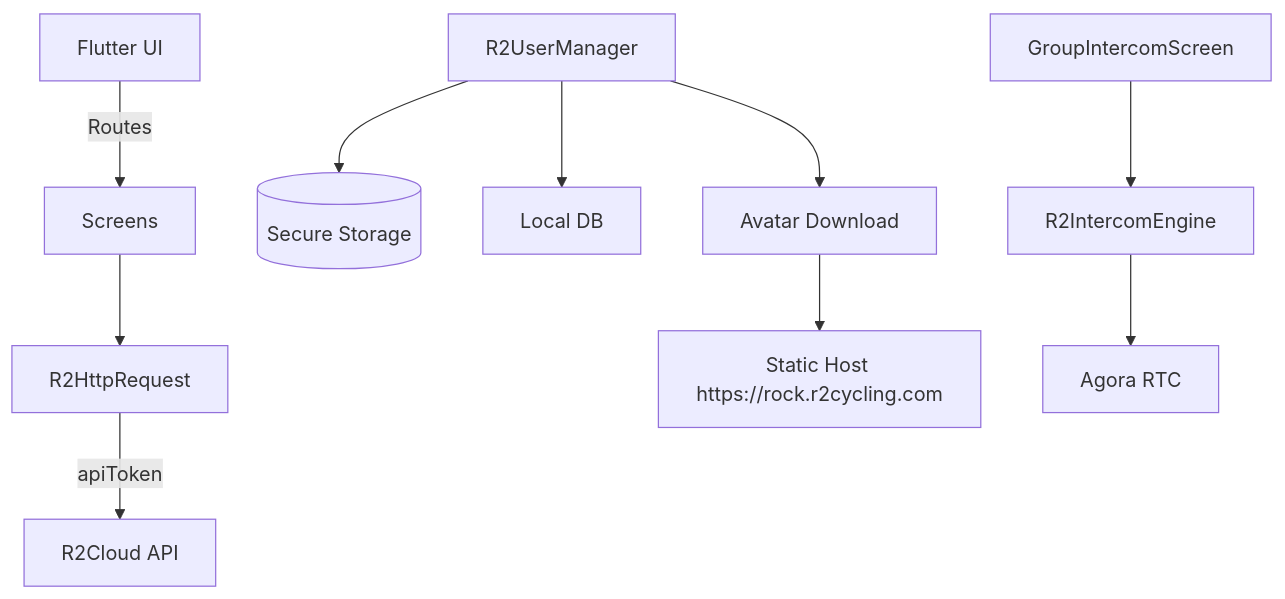
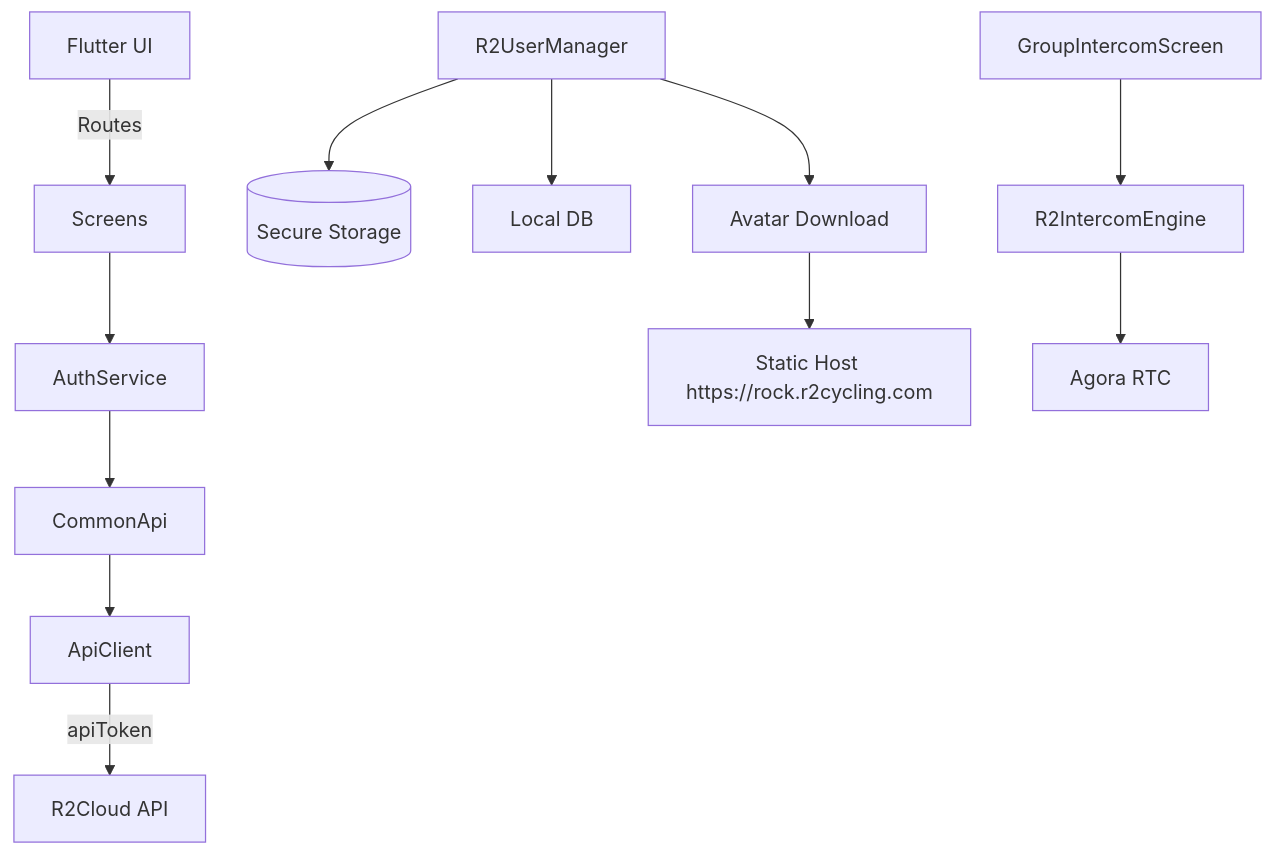
One commit to shenjee/r2cyclingapp changed the diagram in .trae/documents/tech_architecture.md. Above: the diagram before and after it, drawn with Mermaid. The commit also changed other lines of this file and 3 other files, not shown here.

First line of the commit message:
refactor(auth): centralize authentication logic in AuthService

````diff
--- a/.trae/documents/tech_architecture.md
+++ b/.trae/documents/tech_architecture.md
@@ -51,12 +53,14 @@
 ```mermaid
 flowchart TD
   A[Flutter UI] -->|Routes| B[Screens]
-  B --> C[R2HttpRequest]
-  C -->|apiToken| D[R2Cloud API]
-  E[R2UserManager] --> F[(Secure Storage)]
-  E --> G[Local DB]
-  H[GroupIntercomScreen] --> I[R2IntercomEngine]
-  I --> J[Agora RTC]
-  E --> K[Avatar Download]
-  K --> L[Static Host https://rock.r2cycling.com]
+  B --> C[AuthService]
+  C --> D[CommonApi]
+  D --> E[ApiClient]
+  E -->|apiToken| F[R2Cloud API]
+  G[R2UserManager] --> H[(Secure Storage)]
+  G --> I[Local DB]
+  J[GroupIntercomScreen] --> K[R2IntercomEngine]
+  K --> L[Agora RTC]
+  G --> M[Avatar Download]
+  M --> N[Static Host https://rock.r2cycling.com]
 ```
````
